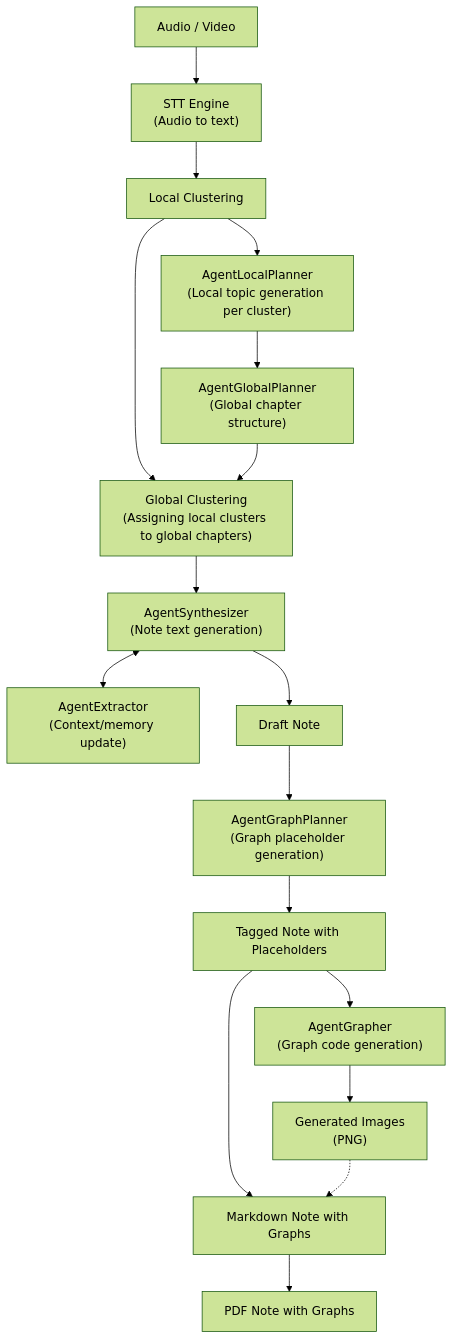
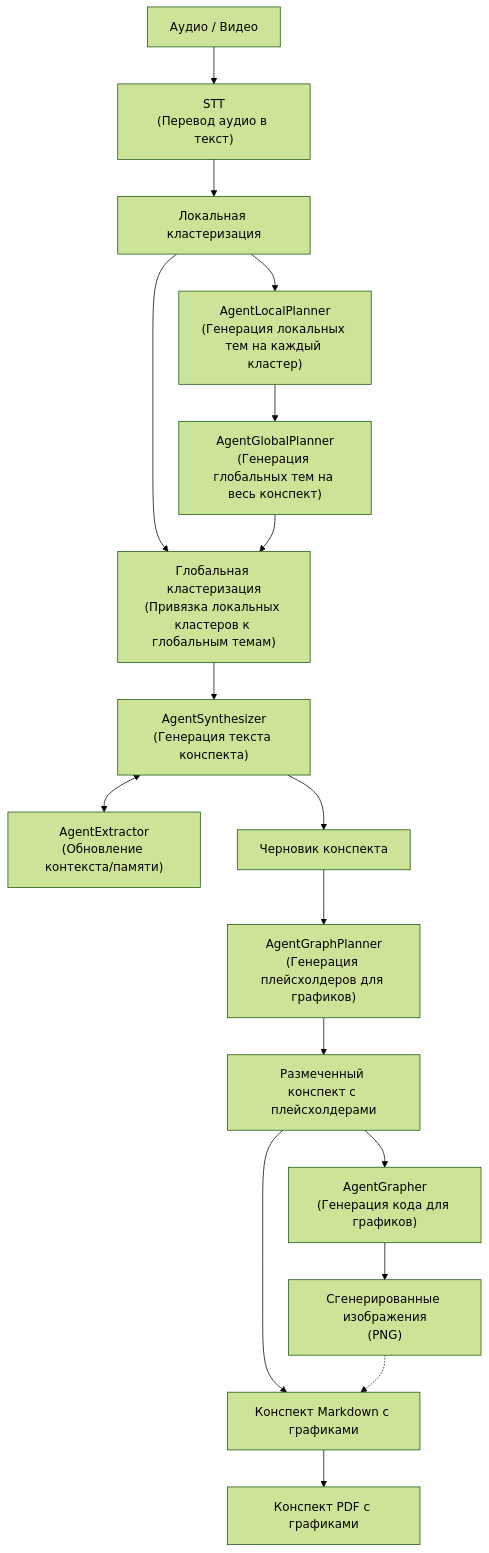
The diagram in README.md (m4deme1ns4ne/LongConspectWriter), drawn with Mermaid (forest theme) before and after one commit. The commit also changed other lines of this file and 2 other files, not shown here.

````diff
--- a/README.md
+++ b/README.md
@@ -25,29 +25,29 @@
 ```mermaid
 flowchart TD
-    %% Input data
-    Audio["Audio / Video"] --> STT["STT Engine<br/>(Audio to text)"]
+    %% Входные данные
+    Audio["Аудио / Видео"] --> STT["STT<br/>(Перевод аудио в текст)"]
 
-    %% Clustering and planning
-    STT --> LCluster["Local Clustering"]
-    LCluster --> LPlanner["AgentLocalPlanner<br/>(Local topic generation per cluster)"]
-    LPlanner --> GPlanner["AgentGlobalPlanner<br/>(Global chapter structure)"]
-    LCluster --> GCluster["Global Clustering<br/>(Assigning local clusters to global chapters)"]
+    %% Кластеризация и планирование
+    STT --> LCluster["Локальная кластеризация"]
+    LCluster --> LPlanner["AgentLocalPlanner<br/>(Генерация локальных тем на каждый кластер)"]
+    LPlanner --> GPlanner["AgentGlobalPlanner<br/>(Генерация глобальных тем на весь конспект)"]
+    LCluster --> GCluster["Глобальная кластеризация<br/>(Привязка локальных кластеров к глобальным темам)"]
     GPlanner --> GCluster
 
-    %% Text synthesis
-    GCluster --> Synthesizer["AgentSynthesizer<br/>(Note text generation)"]
-    Synthesizer <--> Extractor["AgentExtractor<br/>(Context/memory update)"]
-    Synthesizer --> DraftJSON["Draft Note"]
+    %% Синтез текста
+    GCluster --> Synthesizer["AgentSynthesizer<br/>(Генерация текста конспекта)"]
+    Synthesizer <--> Extractor["AgentExtractor<br/>(Обновление контекста/памяти)"]
+    Synthesizer --> DraftJSON["Черновик конспекта"]
 
-    %% Multi-agent visualizer
-    DraftJSON --> GraphPlanner["AgentGraphPlanner<br/>(Graph placeholder generation)"]
-    GraphPlanner --> TaggedMD["Tagged Note with Placeholders"]
-    TaggedMD --> Grapher["AgentGrapher<br/>(Graph code generation)"]
-    Grapher --> Images["Generated Images<br/>(PNG)"]
+    %% Мультиагентный визуализатор
+    DraftJSON --> GraphPlanner["AgentGraphPlanner<br/>(Генерация плейсхолдеров для графиков)"]
+    GraphPlanner --> TaggedMD["Размеченный конспект с плейсхолдерами"]
+    TaggedMD --> Grapher["AgentGrapher<br/>(Генерация кода для графиков)"]
+    Grapher --> Images["Сгенерированные изображения<br/>(PNG)"]
 
-    %% Final assembly
-    TaggedMD --> FinalMD["Note Assembler<br/>(HTML tag insertion)"]
+    %% Финальная сборка
+    TaggedMD --> FinalMD["Сборщик конспекта<br/>(Вставка HTML-тегов)"]
     Images -.-> FinalMD
-    FinalMD["Markdown Note with Graphs"]
-    FinalMD --> FinalPDF["PDF Note with Graphs"]
+    FinalMD["Конспект Markdown с графиками"]
+    FinalMD --> FinalPDF["Конспект PDF с графиками"]
 ```
````
